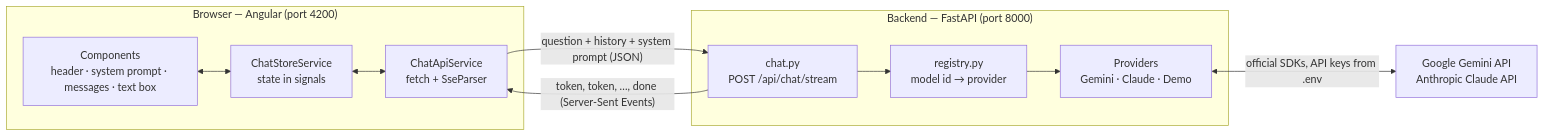
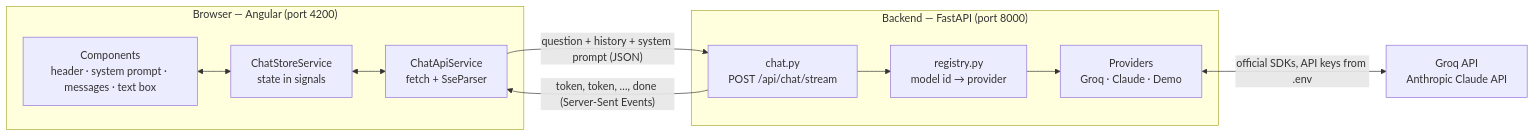
One commit to Majjigi/chatbox changed the first of 2 diagrams in docs/how-it-works.md. Above: the diagram before and after it, drawn with Mermaid. The commit also changed other lines of this file and 22 other files, not shown here.

First line of the commit message:
Phase 8: swap Gemini for Groq (free API key)

````diff
--- a/docs/how-it-works.md
+++ b/docs/how-it-works.md
@@ -8,20 +8,20 @@
 ```mermaid
 flowchart LR
     subgraph Browser["Browser — Angular (port 4200)"]
         UI["Components<br/>header · system prompt · messages · text box"]
         Store["ChatStoreService<br/>state in signals"]
         Api["ChatApiService<br/>fetch + SseParser"]
         UI <--> Store <--> Api
     end
 
     subgraph Server["Backend — FastAPI (port 8000)"]
         Route["chat.py<br/>POST /api/chat/stream"]
         Registry["registry.py<br/>model id → provider"]
-        Providers["Providers<br/>Gemini · Claude · Demo"]
+        Providers["Providers<br/>Groq · Claude · Demo"]
         Route --> Registry --> Providers
     end
 
     Api -- "question + history + system prompt (JSON)" --> Route
     Route -- "token, token, …, done (Server-Sent Events)" --> Api
-    Providers <-- "official SDKs, API keys from .env" --> Cloud["Google Gemini API<br/>Anthropic Claude API"]
+    Providers <-- "official SDKs, API keys from .env" --> Cloud["Groq API<br/>Anthropic Claude API"]
 ```
````
